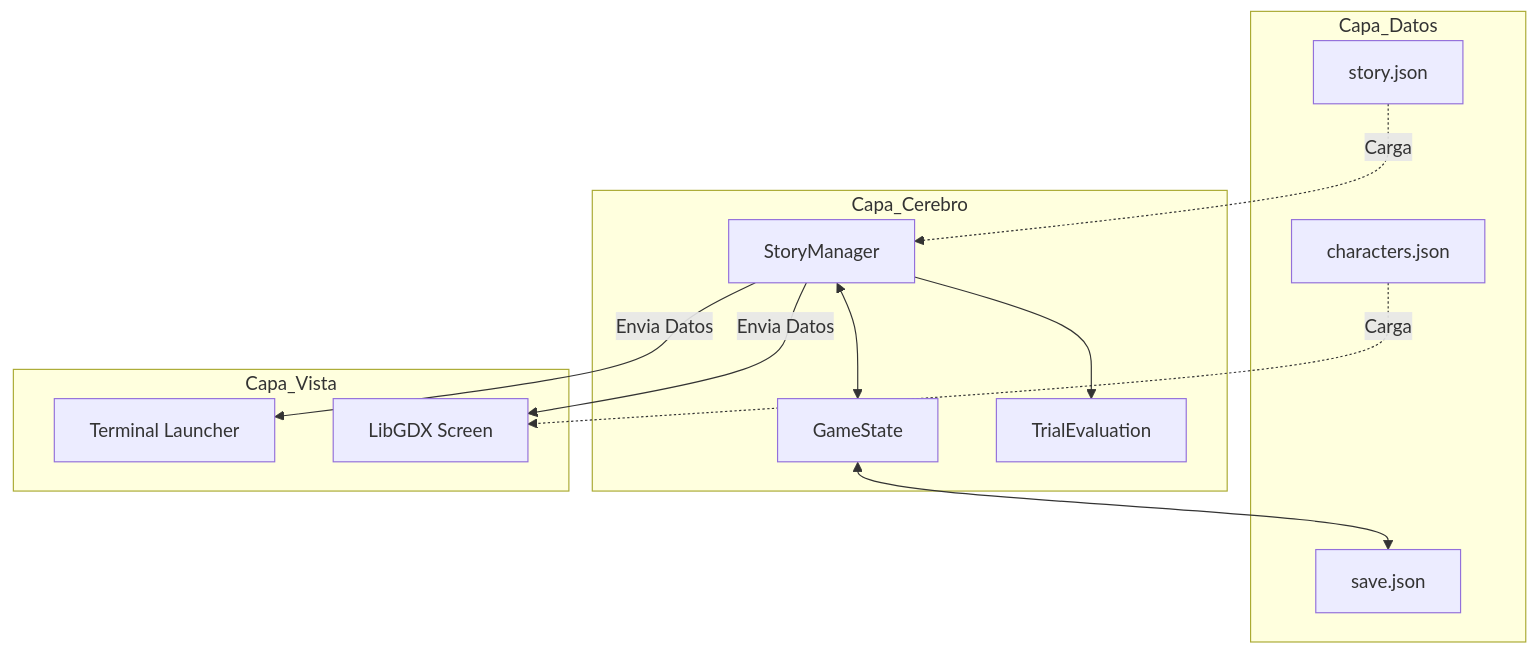
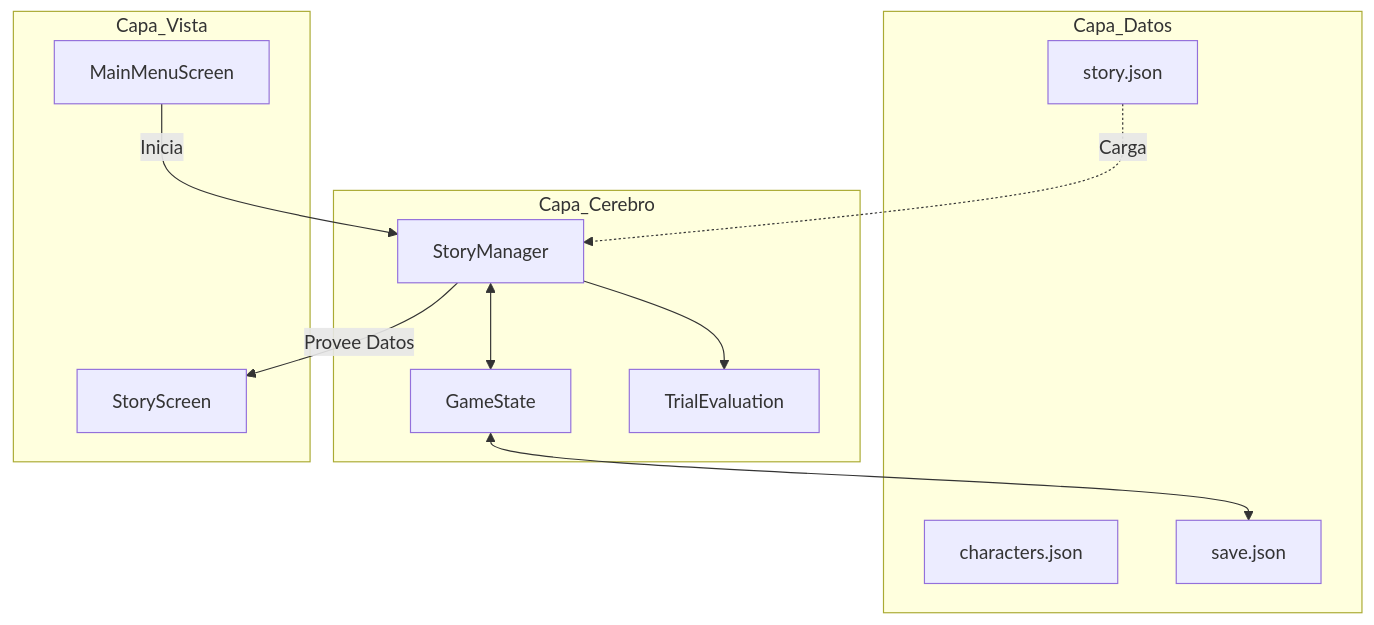
The first of 3 diagrams in README.md (JoseEstevez520/Intentia), drawn with Mermaid before and after one commit. The commit also changed other lines of this file, not shown here.

````diff
--- a/README.md
+++ b/README.md
@@ -24,24 +24,23 @@
 ```mermaid
 graph TD
     subgraph Capa_Datos
         D[story.json]
         C[characters.json]
         S[save.json]
     end
     subgraph Capa_Cerebro
         M[StoryManager]
         G[GameState]
         E[TrialEvaluation]
     end
     subgraph Capa_Vista
-        T[Terminal Launcher]
-        L[LibGDX Screen]
+        MS[MainMenuScreen]
+        SS[StoryScreen]
     end
     D -.->|Carga| M
-    C -.->|Carga| L
     M <--> G
     M --> E
     G <--> S
-    M -->|Envia Datos| T
-    M -->|Envia Datos| L
+    MS -->|Inicia| M
+    M -->|Provee Datos| SS
 ```
````
